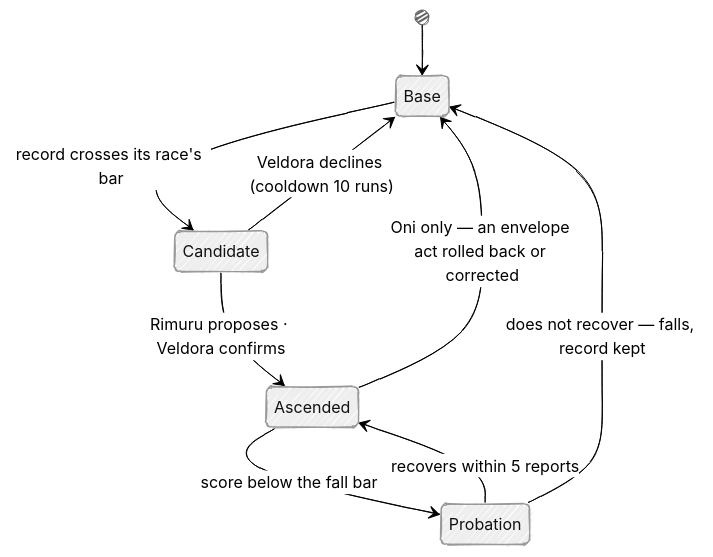
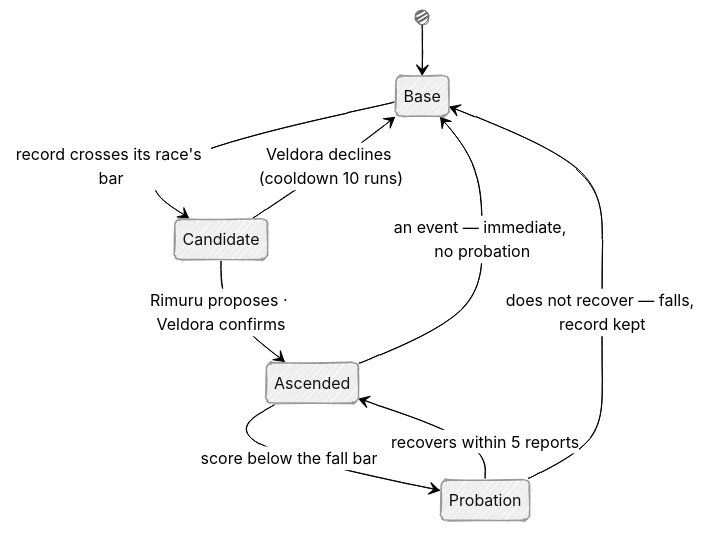
One commit to Kaginari/mnemorph changed the second of 2 diagrams in docs/02-races.md. Above: the diagram before and after it, drawn with Mermaid. The commit also changed other lines of this file and 1 other file, not shown here.

Commit message:
M1: the book follows tempest-races — falls by event are immediate, the High Elf's lane comes first, sideways dispatch meets the budget, default tiers

````diff
--- a/docs/02-races.md
+++ b/docs/02-races.md
@@ -270,16 +271,16 @@
 ```mermaid
 ---
 config:
   look: handDrawn
   theme: neutral
 ---
 stateDiagram-v2
     [*] --> Base
     Base --> Candidate: record crosses its race's bar
     Candidate --> Ascended: Rimuru proposes · Veldora confirms
     Candidate --> Base: Veldora declines (cooldown 10 runs)
     Ascended --> Probation: score below the fall bar
-    Ascended --> Base: Oni only — an envelope act rolled back or corrected
+    Ascended --> Base: an event — immediate, no probation
     Probation --> Ascended: recovers within 5 reports
     Probation --> Base: does not recover — falls, record kept
 ```
````
